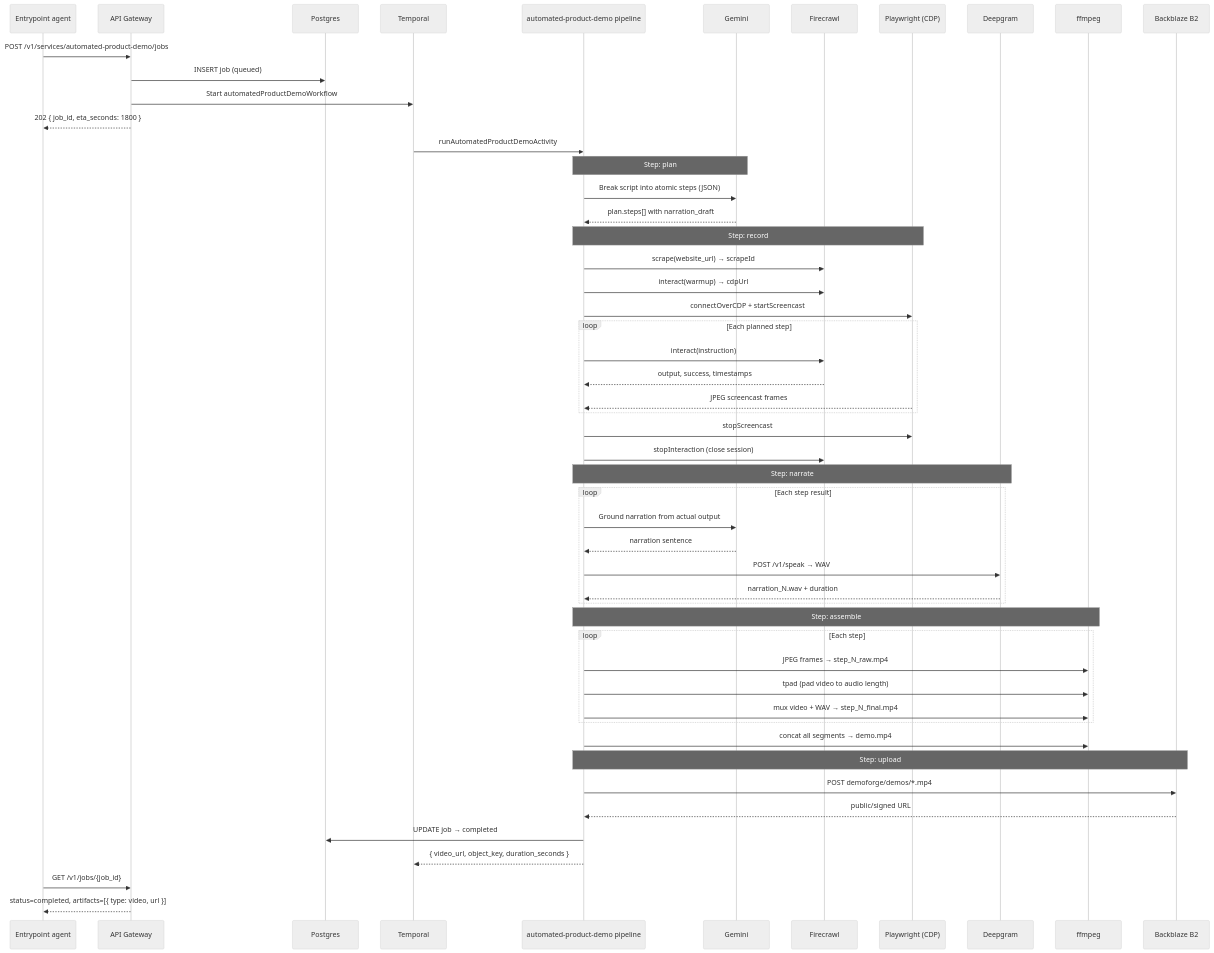
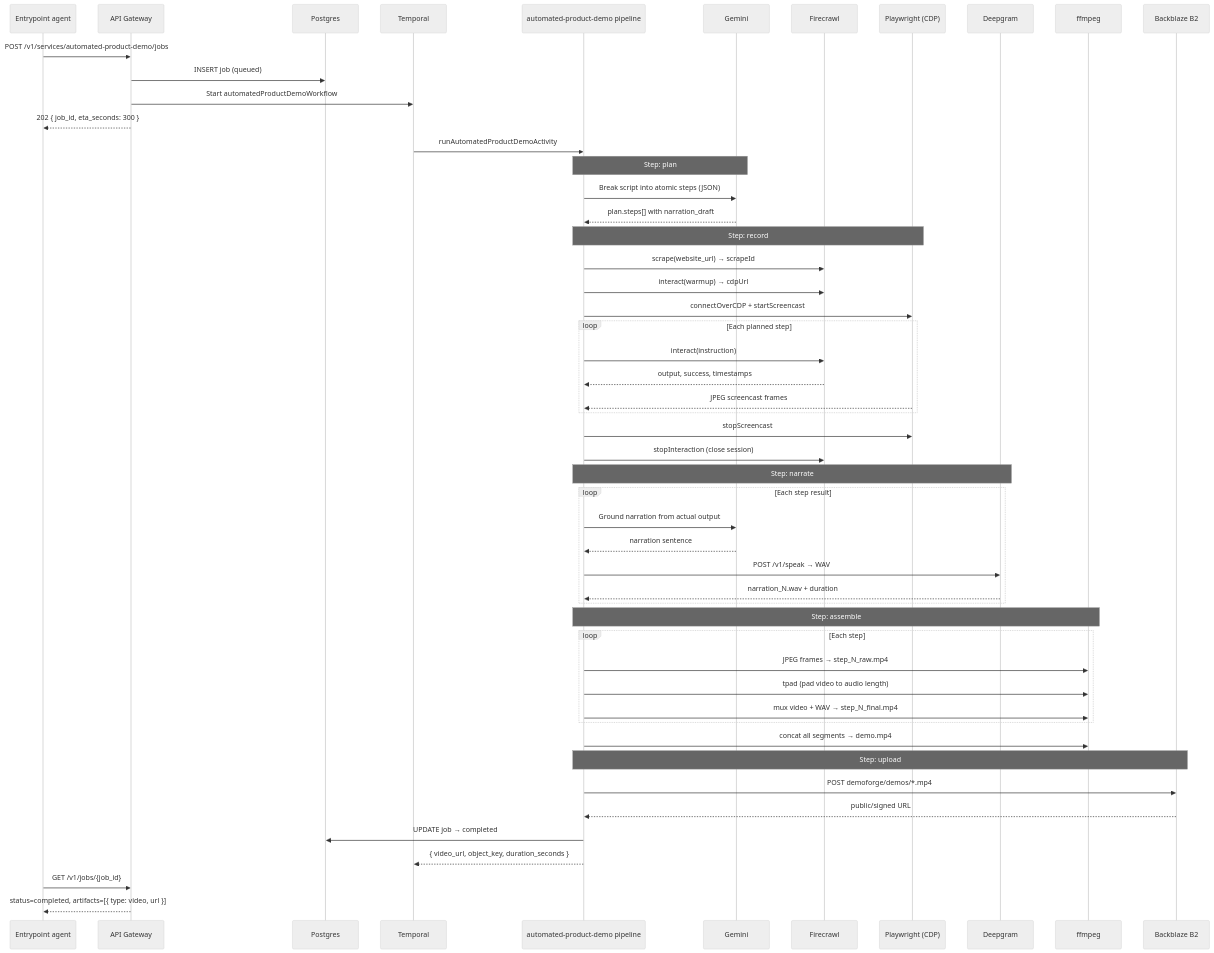
Before and after one commit to Marshal-AM/founderblaze: the sixth of 15 diagrams in README.md, drawn with Mermaid (neutral theme). The commit also changed other lines of this file, not shown here.

````diff
--- a/README.md
+++ b/README.md
@@ -906,64 +909,64 @@
 ```mermaid
 sequenceDiagram
     participant Agent as Calling Agent
     participant GW as API Gateway
     participant Agent as Entrypoint agent
     participant DB as Postgres
     participant T as Temporal
     participant APD as automated-product-demo pipeline
     participant GM as Gemini
     participant FC as Firecrawl
     participant PW as Playwright (CDP)
     participant DG as Deepgram
     participant FF as ffmpeg
     participant SB as Backblaze B2
 
     Agent->>GW: POST /v1/services/automated-product-demo/jobs
         GW->>DB: INSERT job (queued)
     GW->>T: Start automatedProductDemoWorkflow
-    GW-->>Agent: 202 { job_id, eta_seconds: 1800 }
+    GW-->>Agent: 202 { job_id, eta_seconds: 300 }
 
     T->>APD: runAutomatedProductDemoActivity
 
     Note over APD,GM: Step: plan
     APD->>GM: Break script into atomic steps (JSON)
     GM-->>APD: plan.steps[] with narration_draft
 
     Note over APD,PW: Step: record
     APD->>FC: scrape(website_url) → scrapeId
     APD->>FC: interact(warmup) → cdpUrl
     APD->>PW: connectOverCDP + startScreencast
     loop Each planned step
         APD->>FC: interact(instruction)
         FC-->>APD: output, success, timestamps
         PW-->>APD: JPEG screencast frames
     end
     APD->>PW: stopScreencast
     APD->>FC: stopInteraction (close session)
 
     Note over APD,DG: Step: narrate
     loop Each step result
         APD->>GM: Ground narration from actual output
         GM-->>APD: narration sentence
         APD->>DG: POST /v1/speak → WAV
         DG-->>APD: narration_N.wav + duration
     end
 
     Note over APD,FF: Step: assemble
     loop Each step
         APD->>FF: JPEG frames → step_N_raw.mp4
         APD->>FF: tpad (pad video to audio length)
         APD->>FF: mux video + WAV → step_N_final.mp4
     end
     APD->>FF: concat all segments → demo.mp4
 
     Note over APD,SB: Step: upload
     APD->>SB: POST demoforge/demos/*.mp4
     SB-->>APD: public/signed URL
 
     APD->>DB: UPDATE job → completed
     APD-->>T: { video_url, object_key, duration_seconds }
 
     Agent->>GW: GET /v1/jobs/{job_id}
     GW-->>Agent: status=completed, artifacts=[{ type: video, url }]
 ```
````
